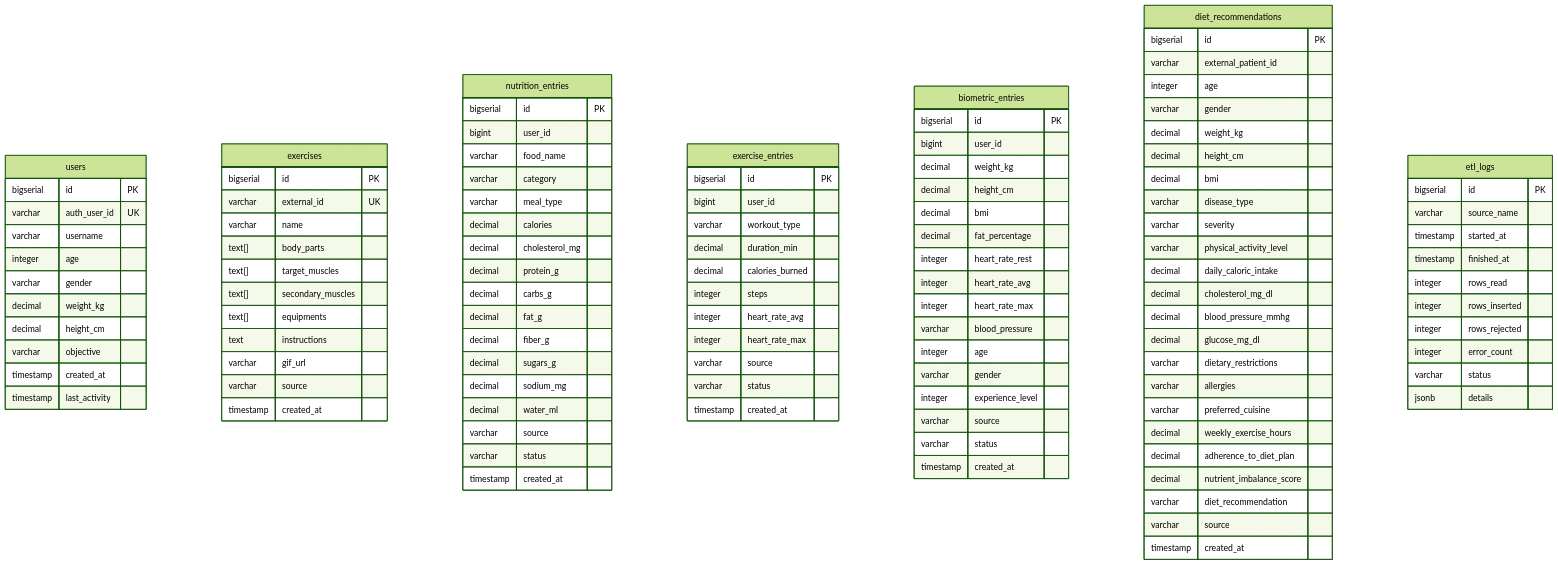
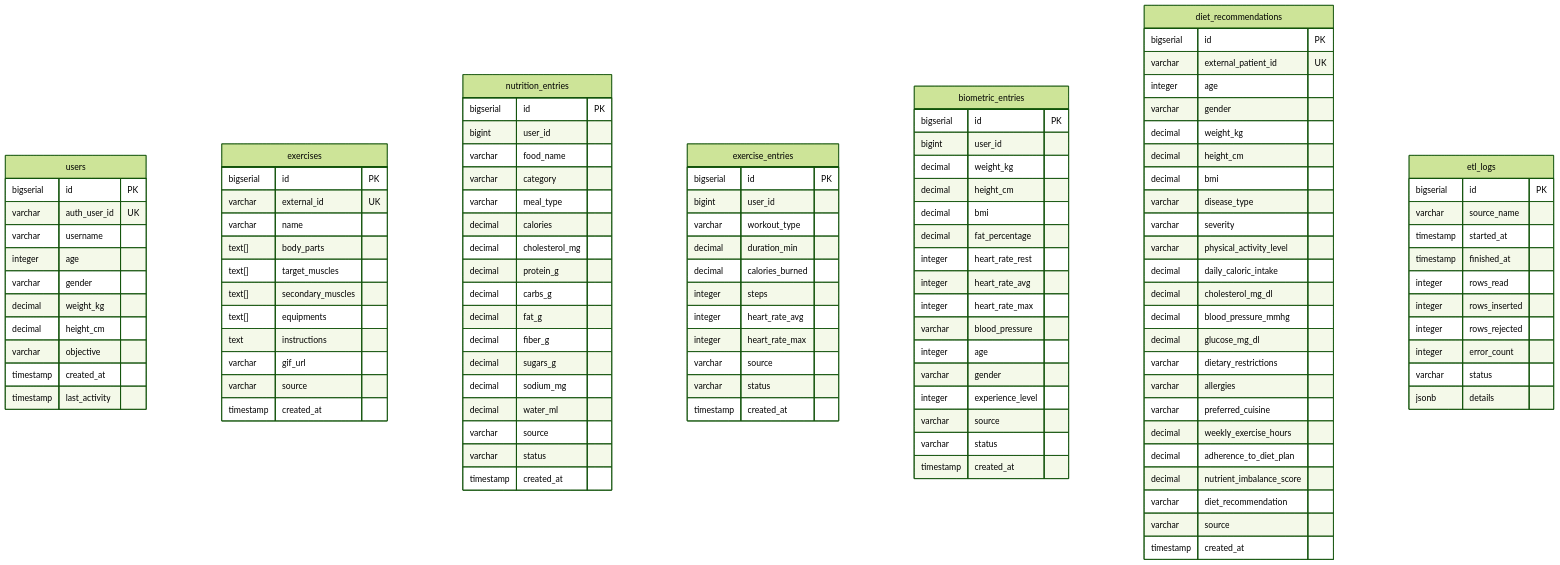
Before and after one commit to whitefoxxyt/MSPR-HealthAI-Coach-BDD: the diagram in README.md, drawn with Mermaid (forest theme).

Commit message:
docs: ajouter UK manquant sur diet_recommendations.external_patient_id

```diff
--- a/README.md
+++ b/README.md
@@ -139,7 +139,7 @@
     }
     diet_recommendations {
         bigserial id PK
-        varchar external_patient_id
+        varchar external_patient_id UK
         integer age
         varchar gender
         decimal weight_kg
```
